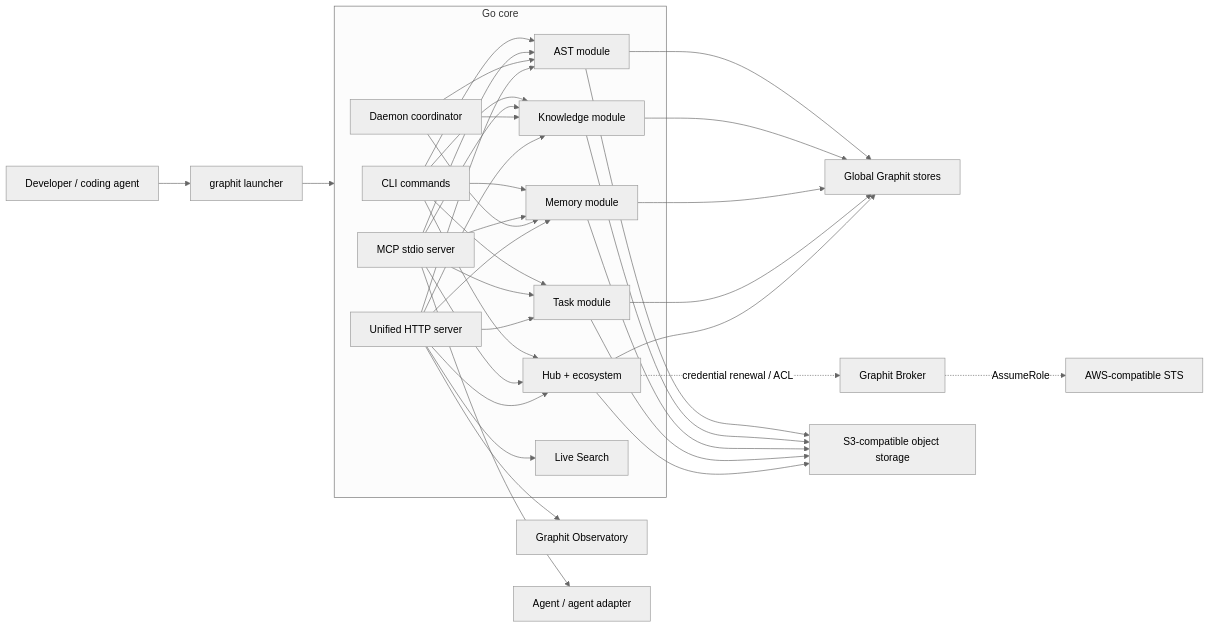
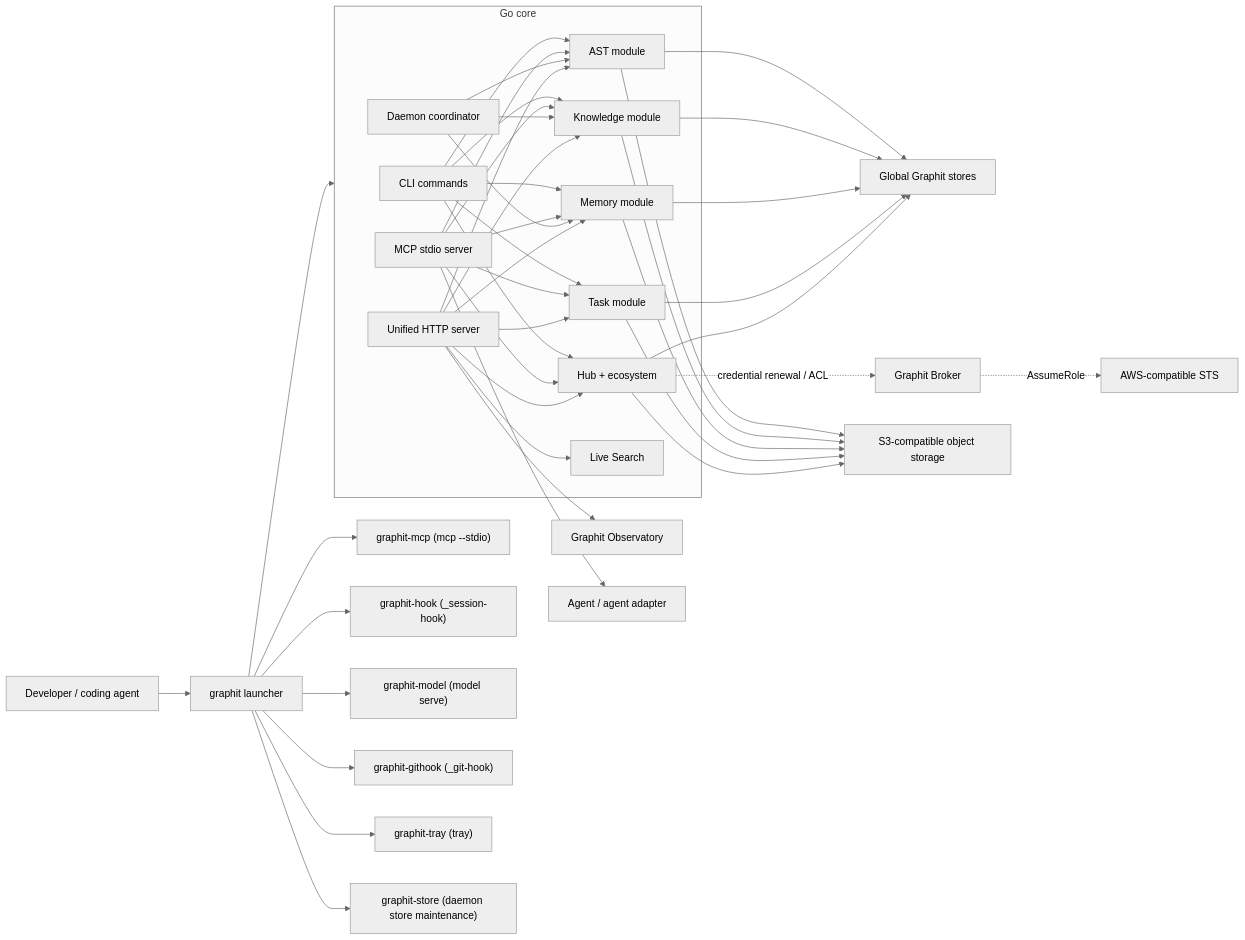
One commit to graphit-labs/graphit-code changed the diagram in docs/architecture/architecture_overview.md. Above: the diagram before and after it, drawn with Mermaid (neutral theme). The commit also changed other lines of this file and 139 other files, not shown here.

````diff
--- a/docs/architecture/architecture_overview.md
+++ b/docs/architecture/architecture_overview.md
@@ -7,53 +7,59 @@
 ```mermaid
 flowchart LR
     User["Developer / coding agent"] --> Launcher["graphit launcher"]
     Launcher --> Core["graphit-core"]
+    Launcher --> ThinMCP["graphit-mcp (mcp --stdio)"]
+    Launcher --> ThinHook["graphit-hook (_session-hook)"]
+    Launcher --> ThinModel["graphit-model (model serve)"]
+    Launcher --> ThinGitHook["graphit-githook (_git-hook)"]
+    Launcher --> ThinTray["graphit-tray (tray)"]
+    Launcher --> ThinStore["graphit-store (daemon store maintenance)"]
 
     subgraph Core["Go core"]
       CLI["CLI commands"]
       MCP["MCP stdio server"]
       Daemon["Daemon coordinator"]
       UI["Unified HTTP server"]
       AST["AST module"]
       Knowledge["Knowledge module"]
       Memory["Memory module"]
       Task["Task module"]
       Hub["Hub + ecosystem"]
       Live["Live Search"]
     end
 
     CLI --> AST
     CLI --> Knowledge
     CLI --> Memory
     CLI --> Task
     CLI --> Hub
     MCP --> AST
     MCP --> Knowledge
     MCP --> Memory
     MCP --> Task
     MCP --> Hub
     Daemon --> AST
     Daemon --> Knowledge
     Daemon --> Memory
     UI --> AST
     UI --> Knowledge
     UI --> Memory
     UI --> Task
     UI --> Hub
     UI --> Live
 
     AST --> Global["Global Graphit stores"]
     Knowledge --> Global
     Memory --> Global
     Task --> Global
     Hub --> Global
     Hub -. credential renewal / ACL .-> Broker["Graphit Broker"]
     Broker -. AssumeRole .-> STS["AWS-compatible STS"]
     AST --> S3["S3-compatible object storage"]
     Knowledge --> S3
     Memory --> S3
     Task --> S3
     Hub --> S3
     UI --> Browser["Graphit Observatory"]
     MCP --> Agent["Agent / agent adapter"]
 ```
````
